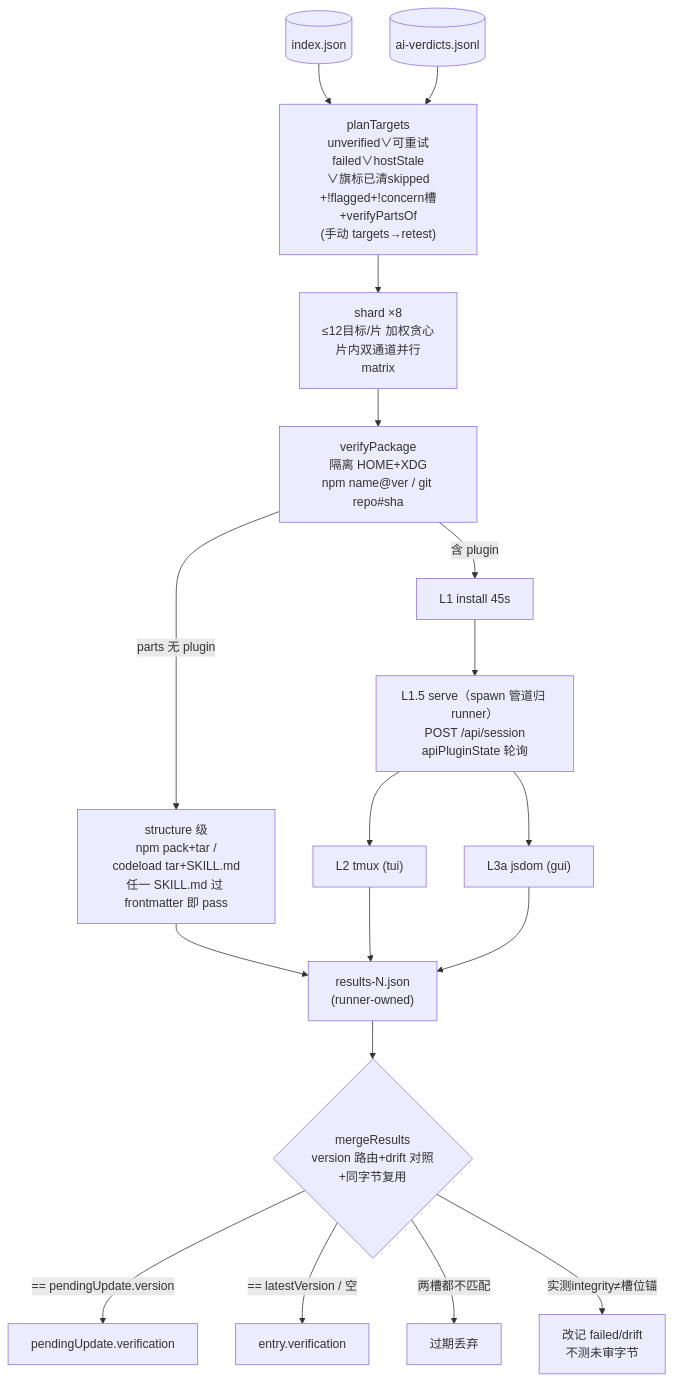
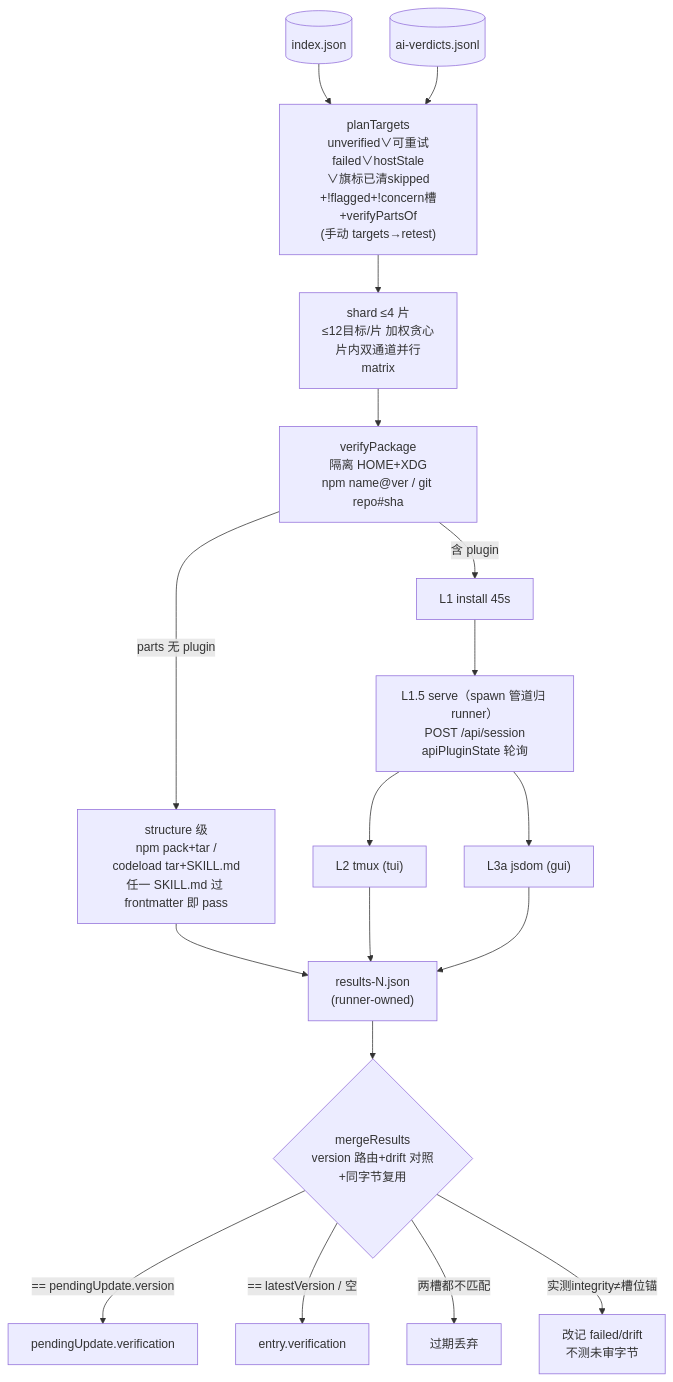
Before and after one commit to awesome-market/awesome-opencode-market: the fourth of 11 diagrams in docs/DATA-FLOWS.md, drawn with Mermaid. The commit also changed other lines of this file and 8 other files, not shown here.

````diff
--- a/docs/DATA-FLOWS.md
+++ b/docs/DATA-FLOWS.md
@@ -475,20 +475,20 @@
 ```mermaid
 flowchart TB
   IDX[("index.json")] --> P["planTargets<br/>unverified∨可重试failed∨hostStale<br/>∨旗标已清skipped<br/>+!flagged+!concern槽+verifyPartsOf<br/>(手动 targets→retest)"]
   AV[("ai-verdicts.jsonl")] --> P
-  P --> SH["shard ×8<br/>≤12目标/片 加权贪心<br/>片内双通道并行<br/>matrix"]
+  P --> SH["shard ≤4 片<br/>≤12目标/片 加权贪心<br/>片内双通道并行<br/>matrix"]
   SH --> VP["verifyPackage<br/>隔离 HOME+XDG<br/>npm name@ver / git repo#sha"]
   VP -->|"parts 无 plugin"| ST["structure 级<br/>npm pack+tar /<br/>codeload tar+SKILL.md<br/>任一 SKILL.md 过 frontmatter 即 pass"]
   VP -->|"含 plugin"| L1["L1 install 45s"]
   ST --> RS
   L1 --> L15["L1.5 serve（spawn 管道归 runner）<br/>POST /api/session<br/>apiPluginState 轮询"]
   L15 --> L2["L2 tmux (tui)"]
   L15 --> L3["L3a jsdom (gui)"]
   L2 --> RS["results-N.json<br/>(runner-owned)"]
   L3 --> RS
   RS --> M{"mergeResults<br/>version 路由+drift 对照<br/>+同字节复用"}
   M -->|"== pendingUpdate.version"| PUS["pendingUpdate.verification"]
   M -->|"== latestVersion / 空"| DVS["entry.verification"]
   M -->|"两槽都不匹配"| DR["过期丢弃"]
   M -->|"实测integrity≠槽位锚"| DFT["改记 failed/drift<br/>不测未审字节"]
 ```
````
